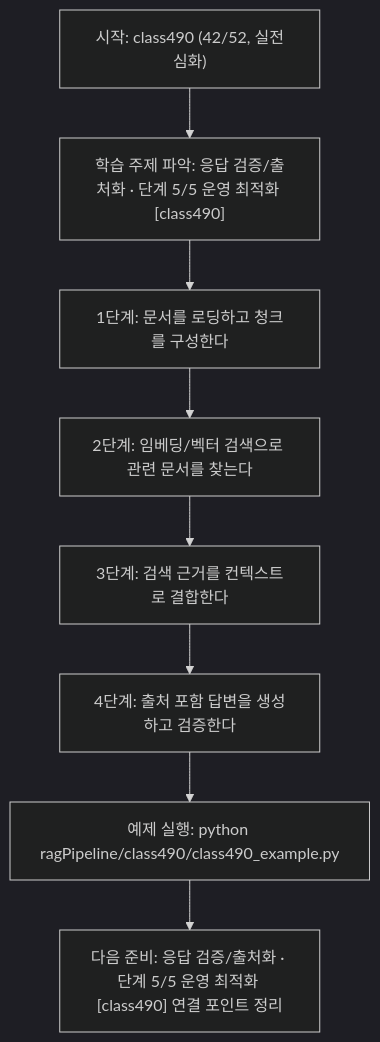
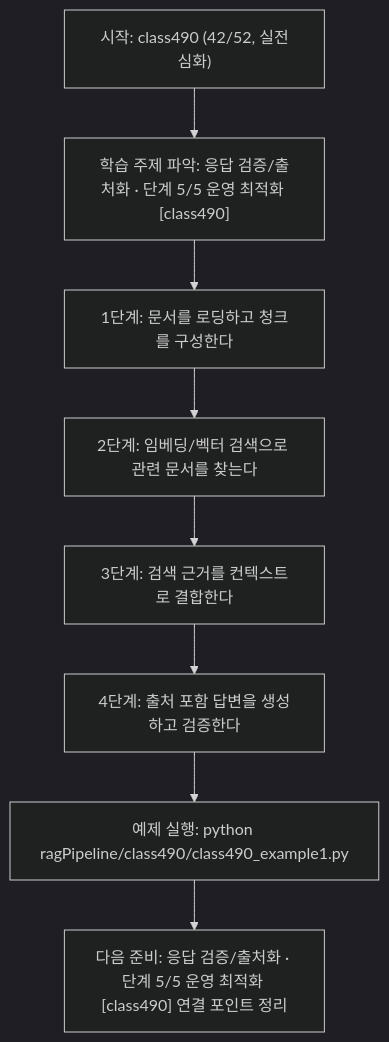
The diagram in ragPipeline/class490/class490.md (edumgt/Python-AI_Agent-Class), drawn with Mermaid (dark theme) before and after one commit. The commit also changed other lines of this file and 2959 other files, not shown here.

````diff
--- a/ragPipeline/class490/class490.md
+++ b/ragPipeline/class490/class490.md
@@ -111,18 +111,18 @@
 ```mermaid
 flowchart TD
 N1["시작: class490 (42/52, 실전심화)"]
 N2["학습 주제 파악: 응답 검증/출처화 · 단계 5/5 운영 최적화 [class490]"]
 N3["1단계: 문서를 로딩하고 청크를 구성한다"]
 N4["2단계: 임베딩/벡터 검색으로 관련 문서를 찾는다"]
 N5["3단계: 검색 근거를 컨텍스트로 결합한다"]
 N6["4단계: 출처 포함 답변을 생성하고 검증한다"]
-N7["예제 실행: python ragPipeline/class490/class490_example.py"]
+N7["예제 실행: python ragPipeline/class490/class490_example1.py"]
 N8["다음 준비: 응답 검증/출처화 · 단계 5/5 운영 최적화 [class490] 연결 포인트 정리"]
 N1 --> N2
 N2 --> N3
 N3 --> N4
 N4 --> N5
 N5 --> N6
 N6 --> N7
 N7 --> N8
 ```
````
